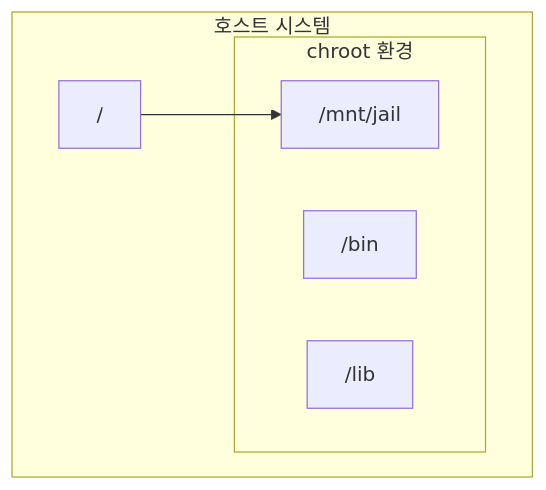
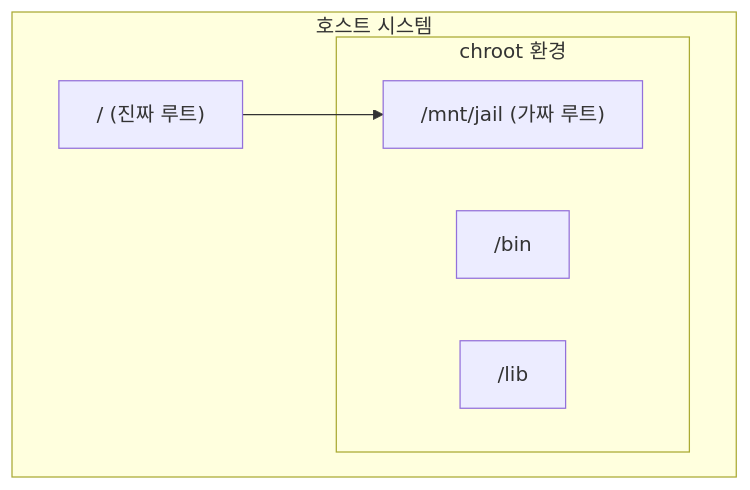
The diagram in _posts/linux/2025-06-25-chroot_study.md (HamaPr/HamaPr.github.io), drawn with Mermaid before and after one commit. The commit also changed other lines of this file and 94 other files, not shown here.

````diff
--- a/_posts/linux/2025-06-25-chroot_study.md
+++ b/_posts/linux/2025-06-25-chroot_study.md
@@ -29,12 +15,12 @@
 ```mermaid
 flowchart TB
     subgraph Host["호스트 시스템"]
-        RealRoot["/"]
+        RealRoot["/ (진짜 루트)"]
         subgraph Jail["chroot 환경"]
-            FakeRoot["/mnt/jail"]
+            FakeRoot["/mnt/jail (가짜 루트)"]
             Bin["/bin"]
             Lib["/lib"]
         end
     end
     RealRoot --> FakeRoot
 ```
````
